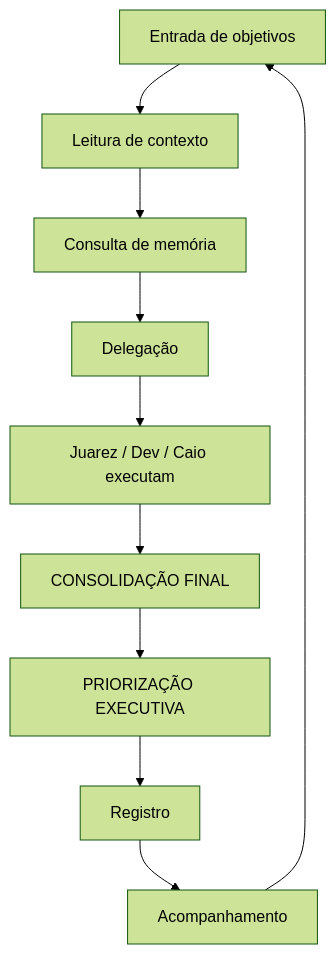
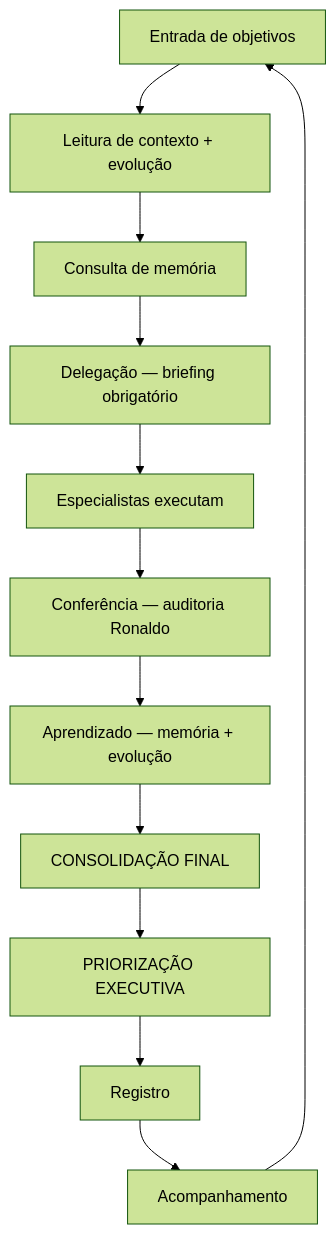
The diagram in workflows/pipeline_operacional.md (vitorolivjj/Laboratorio), drawn with Mermaid (forest theme) before and after one commit. The commit also changed other lines of this file and 74 other files, not shown here.

````diff
--- a/workflows/pipeline_operacional.md
+++ b/workflows/pipeline_operacional.md
@@ -13,12 +13,14 @@
 ```mermaid
 flowchart TD
-  A[Entrada de objetivos] --> B[Leitura de contexto]
+  A[Entrada de objetivos] --> B[Leitura de contexto + evolução]
   B --> C[Consulta de memória]
-  C --> D[Delegação]
-  D --> E[Juarez / Dev / Caio executam]
-  E --> F[CONSOLIDAÇÃO FINAL]
-  F --> G[PRIORIZAÇÃO EXECUTIVA]
-  G --> H[Registro]
-  H --> I[Acompanhamento]
-  I --> A
+  C --> D[Delegação — briefing obrigatório]
+  D --> E[Especialistas executam]
+  E --> F[Conferência — auditoria Ronaldo]
+  F --> G[Aprendizado — memória + evolução]
+  G --> H[CONSOLIDAÇÃO FINAL]
+  H --> I[PRIORIZAÇÃO EXECUTIVA]
+  I --> J[Registro]
+  J --> K[Acompanhamento]
+  K --> A
 ```
````
